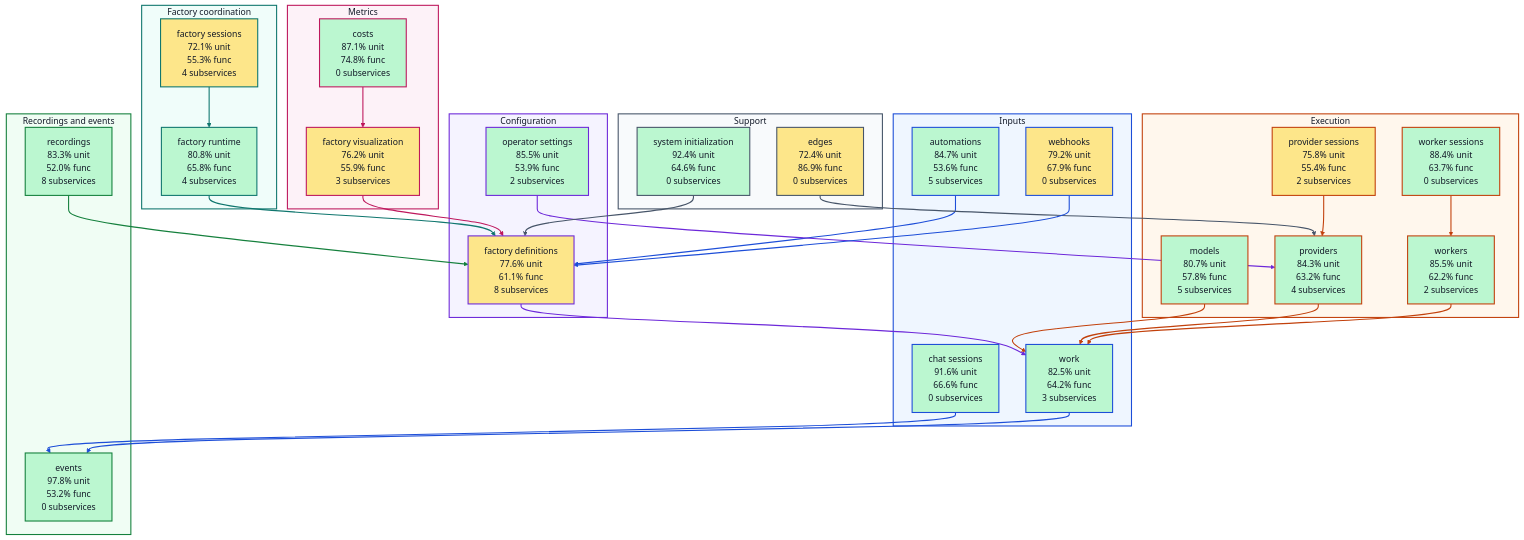
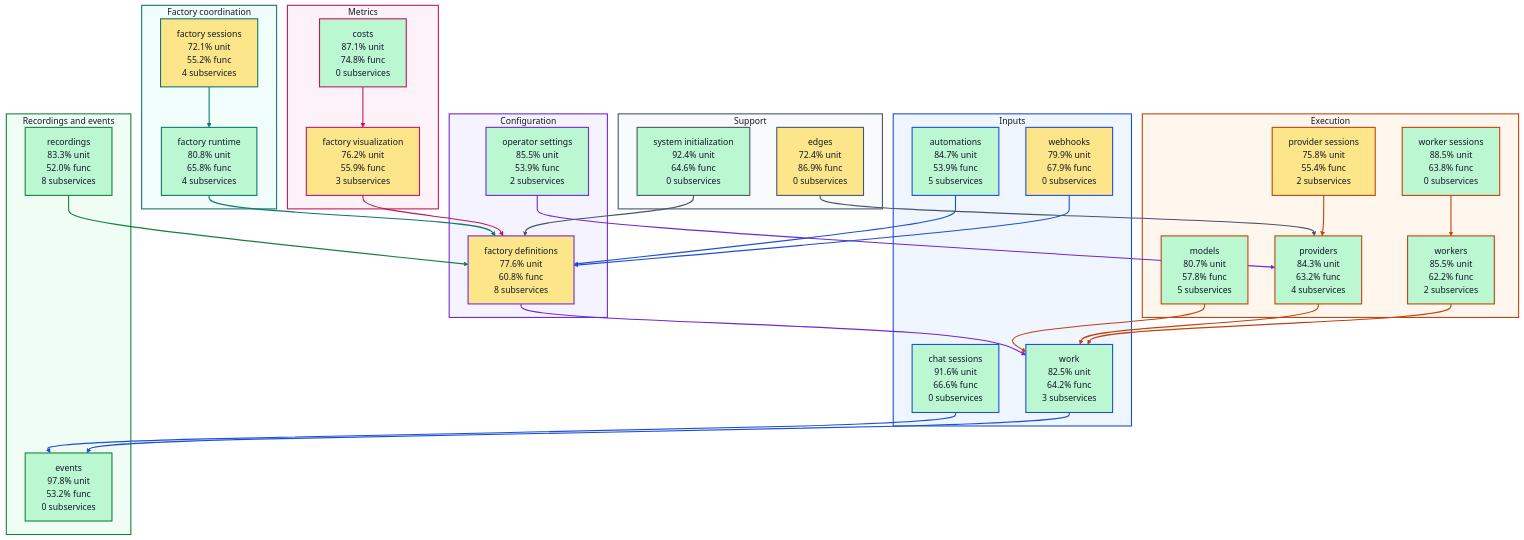
One commit to portpowered/you-agent-factory changed the diagram in docs/architecture/visualizations/high-level-test-coverage.md. Above: the diagram before and after it, drawn with Mermaid. The commit also changed other lines of this file and 19 other files, not shown here.

Commit message:
docs: refresh backend architecture visualizations

````diff
--- a/docs/architecture/visualizations/high-level-test-coverage.md
+++ b/docs/architecture/visualizations/high-level-test-coverage.md
@@ -11,24 +11,24 @@
 ```mermaid
 flowchart TB
   subgraph input["Inputs"]
-    s_services_automations["automations<br/>84.7% unit<br/>53.6% func<br/>5 subservices"]
+    s_services_automations["automations<br/>84.7% unit<br/>53.9% func<br/>5 subservices"]
     s_services_chat_sessions["chat sessions<br/>91.6% unit<br/>66.6% func<br/>0 subservices"]
-    s_services_webhooks["webhooks<br/>79.2% unit<br/>67.9% func<br/>0 subservices"]
+    s_services_webhooks["webhooks<br/>79.9% unit<br/>67.9% func<br/>0 subservices"]
     s_services_work["work<br/>82.5% unit<br/>64.2% func<br/>3 subservices"]
   end
   subgraph configuration["Configuration"]
-    s_services_factory_definitions["factory definitions<br/>77.6% unit<br/>61.1% func<br/>8 subservices"]
+    s_services_factory_definitions["factory definitions<br/>77.6% unit<br/>60.8% func<br/>8 subservices"]
     s_services_operator_settings["operator settings<br/>85.5% unit<br/>53.9% func<br/>2 subservices"]
   end
   subgraph coordination["Factory coordination"]
     s_services_factory_runtime["factory runtime<br/>80.8% unit<br/>65.8% func<br/>4 subservices"]
-    s_services_factory_sessions["factory sessions<br/>72.1% unit<br/>55.3% func<br/>4 subservices"]
+    s_services_factory_sessions["factory sessions<br/>72.1% unit<br/>55.2% func<br/>4 subservices"]
   end
   subgraph execution["Execution"]
     s_services_models["models<br/>80.7% unit<br/>57.8% func<br/>5 subservices"]
     s_services_provider_sessions["provider sessions<br/>75.8% unit<br/>55.4% func<br/>2 subservices"]
     s_services_providers["providers<br/>84.3% unit<br/>63.2% func<br/>4 subservices"]
-    s_services_worker_sessions["worker sessions<br/>88.4% unit<br/>63.7% func<br/>0 subservices"]
+    s_services_worker_sessions["worker sessions<br/>88.5% unit<br/>63.8% func<br/>0 subservices"]
     s_services_workers["workers<br/>85.5% unit<br/>62.2% func<br/>2 subservices"]
   end
   subgraph recordings["Recordings and events"]
````
